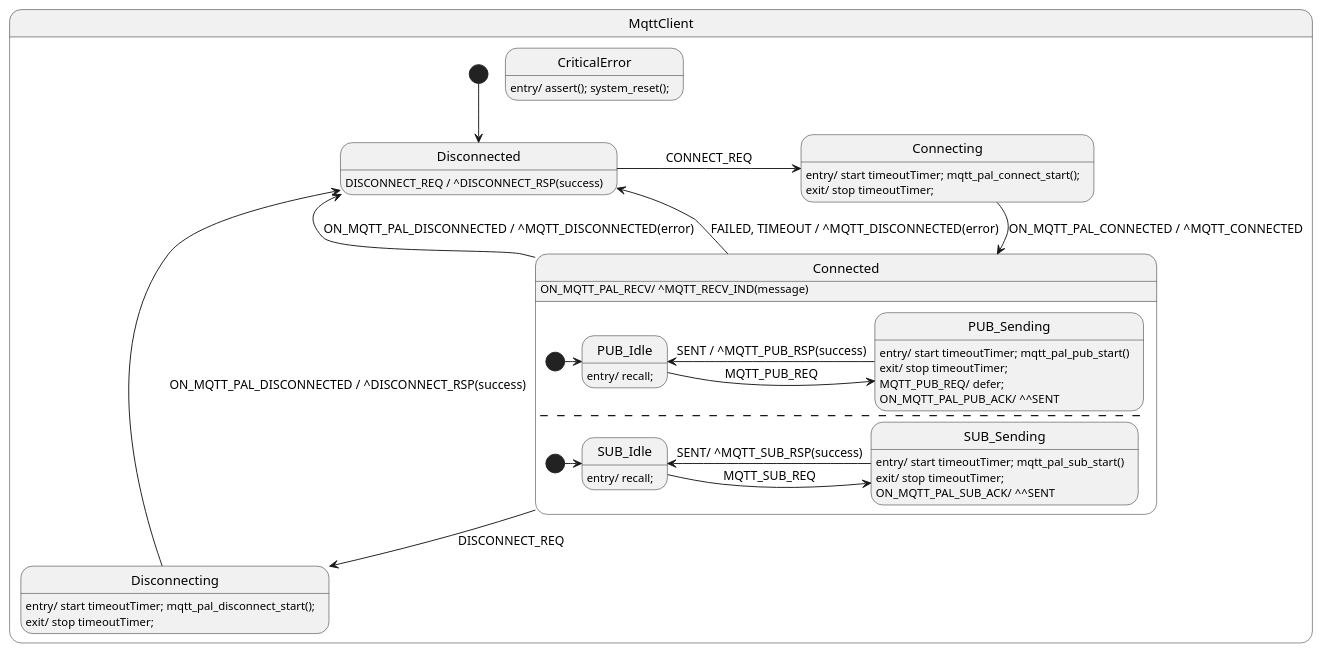
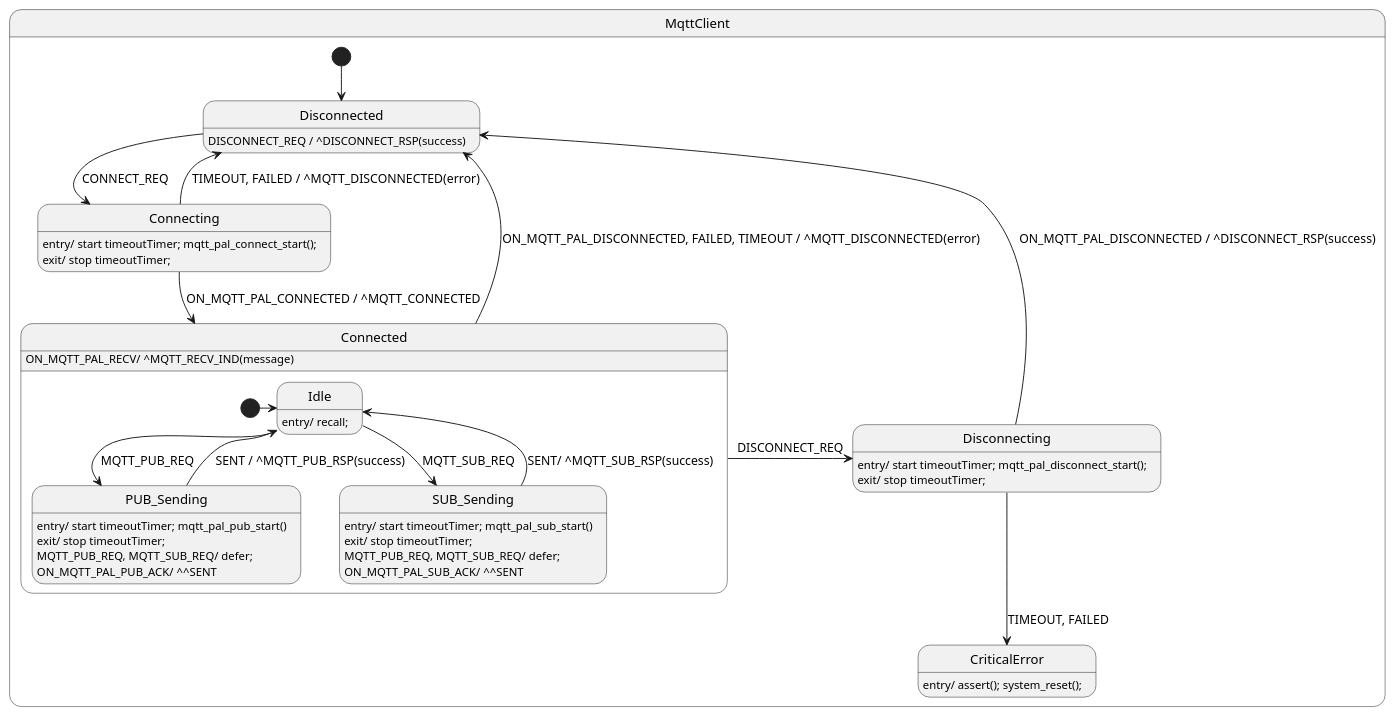
Before and after one commit to vaavva/azure-sdk-for-c-hfsm: the diagram in sdk/docs/iot/resources/iot_hsm_mqtt.puml, drawn with PlantUML. The commit also changed 3 other files, not shown here.

```diff
--- a/sdk/docs/iot/resources/iot_hsm_mqtt.puml
+++ b/sdk/docs/iot/resources/iot_hsm_mqtt.puml
@@ -1,62 +1,57 @@
 @startuml
 
 state MqttClient {
 
     state Disconnected
     [*] --> Disconnected
     Disconnected : DISCONNECT_REQ / ^DISCONNECT_RSP(success)
 
     state Connecting
     Connecting : entry/ start timeoutTimer; mqtt_pal_connect_start();
     Connecting : exit/ stop timeoutTimer;
 
     state Disconnecting
     Disconnecting: entry/ start timeoutTimer; mqtt_pal_disconnect_start();
     Disconnecting: exit/ stop timeoutTimer;
 
     state CriticalError
     CriticalError: entry/ assert(); system_reset();
 
     Disconnected -> Connecting : CONNECT_REQ
     Connecting --> Connected : ON_MQTT_PAL_CONNECTED / ^MQTT_CONNECTED
-    Connected --> Disconnected : ON_MQTT_PAL_DISCONNECTED / ^MQTT_DISCONNECTED(error)
+    Connecting --> Disconnected : TIMEOUT, FAILED / ^MQTT_DISCONNECTED(error)
     Disconnecting --> Disconnected : ON_MQTT_PAL_DISCONNECTED / ^DISCONNECT_RSP(success)
-    Connected --> Disconnecting : DISCONNECT_REQ
-    Connected --> Disconnected : FAILED, TIMEOUT / ^MQTT_DISCONNECTED(error)
+    Connected -> Disconnecting : DISCONNECT_REQ
+    Connected --> Disconnected : ON_MQTT_PAL_DISCONNECTED, FAILED, TIMEOUT / ^MQTT_DISCONNECTED(error)
+    Disconnecting --> CriticalError : TIMEOUT, FAILED
 
     ' Note: the following state machine definition does not support MQTT send pipeline 
     ' (i.e. sending PUB SUB without waiting for the respective ACKs).
     state Connected {
         Connected : ON_MQTT_PAL_RECV/ ^MQTT_RECV_IND(message)
 
-        state PUB_Idle
+        state Idle
+        Idle : entry/ recall;
+
         state PUB_Sending
-        [*] -> PUB_Idle
-        PUB_Idle -> PUB_Sending : MQTT_PUB_REQ
-        PUB_Sending -> PUB_Idle : SENT / ^MQTT_PUB_RSP(success)
-        
-        PUB_Idle : entry/ recall;
-
         PUB_Sending : entry/ start timeoutTimer; mqtt_pal_pub_start()
         PUB_Sending : exit/ stop timeoutTimer;
-        PUB_Sending : MQTT_PUB_REQ/ defer;
+        PUB_Sending : MQTT_PUB_REQ, MQTT_SUB_REQ/ defer;
         PUB_Sending : ON_MQTT_PAL_PUB_ACK/ ^^SENT
 
-        ---
-        state SUB_Idle
         state SUB_Sending
-
-        [*] -> SUB_Idle
-        SUB_Idle -> SUB_Sending : MQTT_SUB_REQ
-        SUB_Sending -> SUB_Idle : SENT/ ^MQTT_SUB_RSP(success)
-
-        SUB_Idle : entry/ recall;
-
         SUB_Sending : entry/ start timeoutTimer; mqtt_pal_sub_start()
         SUB_Sending : exit/ stop timeoutTimer;
+        SUB_Sending : MQTT_PUB_REQ, MQTT_SUB_REQ/ defer;
         SUB_Sending : ON_MQTT_PAL_SUB_ACK/ ^^SENT
+
+        [*] -> Idle
+
+        Idle --> PUB_Sending : MQTT_PUB_REQ
+        Idle --> SUB_Sending : MQTT_SUB_REQ
+        PUB_Sending -> Idle : SENT / ^MQTT_PUB_RSP(success)
+        SUB_Sending -> Idle : SENT/ ^MQTT_SUB_RSP(success)
     }
-
 }
 
 @enduml
```
